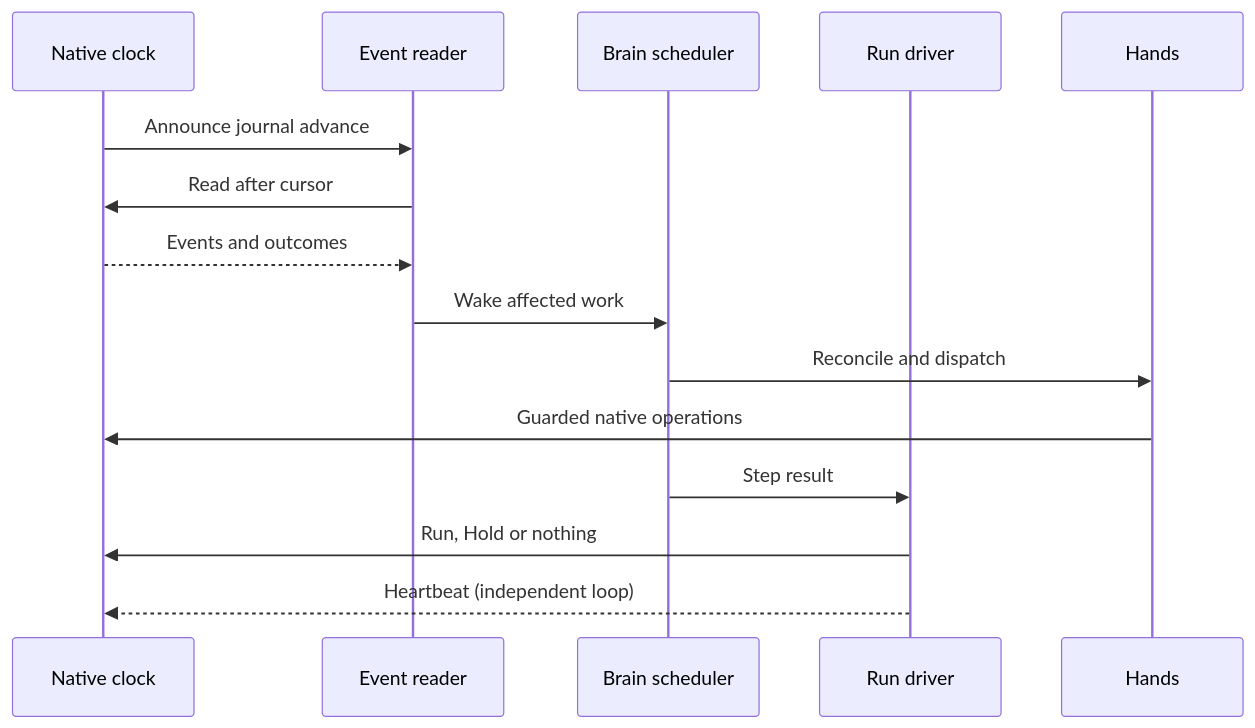
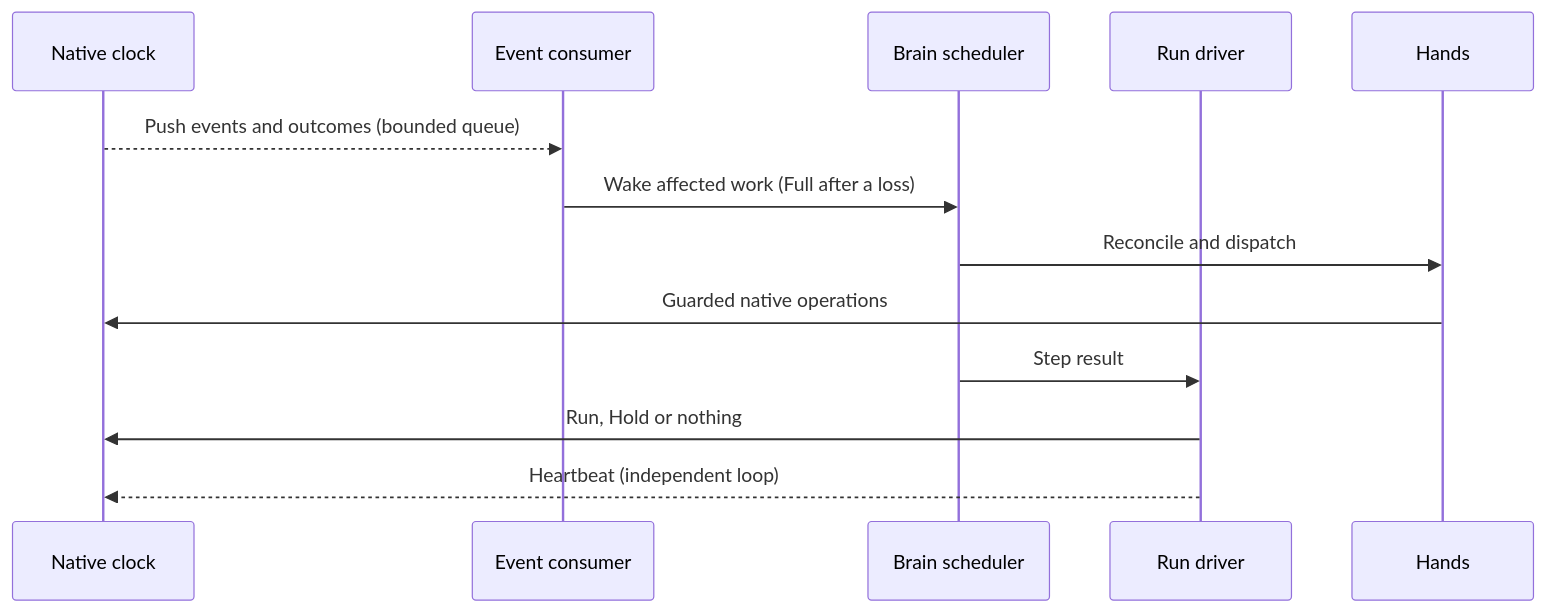
The fourth of 4 diagrams in docs/developers/architecture/control-loop.md (davidarcher/rimgovernor), drawn with Mermaid before and after one commit. The commit also changed other lines of this file and 44 other files, not shown here.

````diff
--- a/docs/developers/architecture/control-loop.md
+++ b/docs/developers/architecture/control-loop.md
@@ -948,17 +957,15 @@
 ```mermaid
 sequenceDiagram
     participant N as Native clock
-    participant P as Event reader
+    participant P as Event consumer
     participant S as Brain scheduler
     participant D as Run driver
     participant H as Hands
-    N->>P: Announce journal advance
-    P->>N: Read after cursor
-    N-->>P: Events and outcomes
-    P->>S: Wake affected work
+    N-->>P: Push events and outcomes (bounded queue)
+    P->>S: Wake affected work (Full after a loss)
     S->>H: Reconcile and dispatch
     H->>N: Guarded native operations
     S->>D: Step result
     D->>N: Run, Hold or nothing
     D-->>N: Heartbeat (independent loop)
 ```
````
